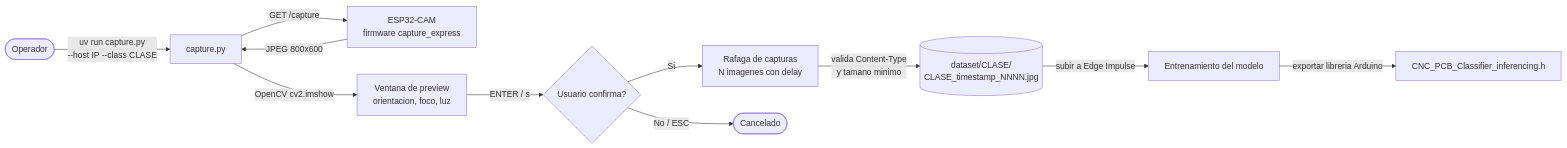
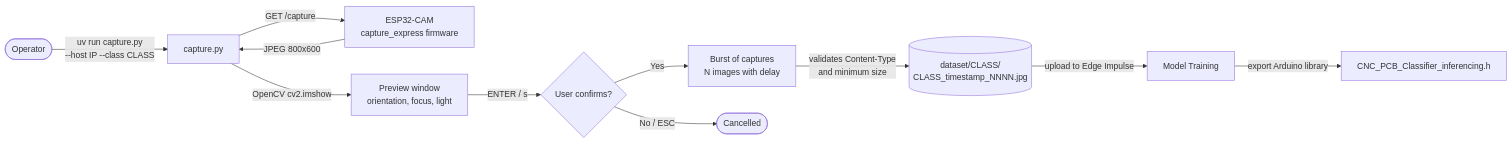
One commit to Deivs117/IoT_CNC_Monitoring changed the third of 3 diagrams in README.md. Above: the diagram before and after it, drawn with Mermaid. The commit also changed other lines of this file, not shown here.

````diff
--- a/README.md
+++ b/README.md
@@ -222,13 +228,14 @@
 ```mermaid
 flowchart LR
-    A([Operador]) -->|uv run capture.py\n--host IP --class CLASE| B[capture.py]
-    B -->|GET /capture| C[ESP32-CAM\nfirmware capture_express]
+    A([Operator]) -->|uv run capture.py\n--host IP --class CLASS| B[capture.py]
+    B -->|GET /capture| C[ESP32-CAM\ncapture_express firmware]
     C -->|JPEG 800x600| B
-    B -->|OpenCV cv2.imshow| D[Ventana de preview\norientacion, foco, luz]
-    D -->|ENTER / s| E{Usuario confirma?}
-    E -->|Si| F[Rafaga de capturas\nN imagenes con delay]
-    E -->|No / ESC| G([Cancelado])
-    F -->|valida Content-Type\ny tamano minimo| H[(dataset/CLASE/\nCLASE_timestamp_NNNN.jpg)]
-    H -->|subir a Edge Impulse| I[Entrenamiento del modelo]
-    I -->|exportar libreria Arduino| J[CNC_PCB_Classifier_inferencing.h]
+    B -->|OpenCV cv2.imshow| D[Preview window\norientation, focus, light]
+    D -->|ENTER / s| E{User confirms?}
+    E -->|Yes| F[Burst of captures\nN images with delay]
+    E -->|No / ESC| G([Cancelled])
+    F -->|validates Content-Type\nand minimum size| H[(dataset/CLASS/\nCLASS_timestamp_NNNN.jpg)]
+    H -->|upload to Edge Impulse| I[Model Training]
+    I -->|export Arduino library| J[CNC_PCB_Classifier_inferencing.h]
+
 ```
````
